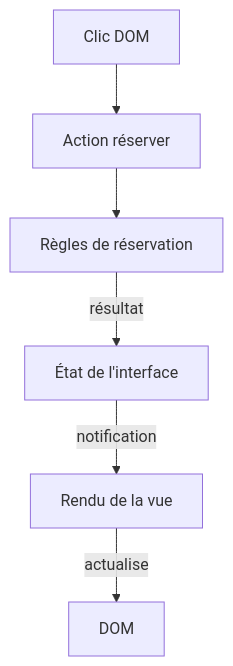
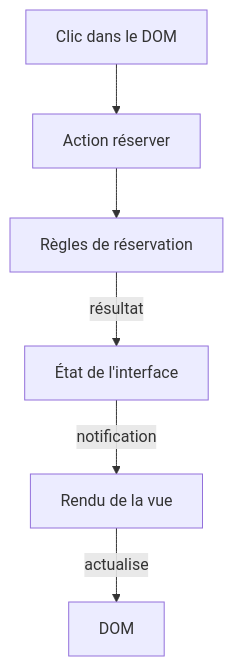
Before and after one commit to theopaolo/dev-carnet: the third of 3 diagrams in src/cours/poo-patterns-frameworks/08-frameworks.md, drawn with Mermaid. The commit also changed other lines of this file and 44 other files, not shown here.

````diff
--- a/src/cours/poo-patterns-frameworks/08-frameworks.md
+++ b/src/cours/poo-patterns-frameworks/08-frameworks.md
@@ -64,10 +222,10 @@
 ```mermaid
 flowchart TB
   accTitle: Du clic au nouvel affichage
-  accDescr: Le clic déclenche une action. Le métier accepte ou refuse la réservation. Le résultat met à jour l'état, qui notifie les abonnés et déclenche le rendu dans le DOM.
-  Clic[Clic DOM] --> Action[Action réserver]
-  Action --> Metier[Règles de réservation]
-  Metier -->|résultat| Etat[État de l'interface]
+  accDescr: Le clic déclenche une action. Les règles de réservation acceptent ou refusent la demande. Le résultat met à jour l'état de l'interface, qui prévient la vue, et la vue actualise le DOM.
+  Clic[Clic dans le DOM] --> Action[Action réserver]
+  Action --> Regles[Règles de réservation]
+  Regles -->|résultat| Etat[État de l'interface]
   Etat -->|notification| Vue[Rendu de la vue]
   Vue -->|actualise| DOM[DOM]
 ```
````
